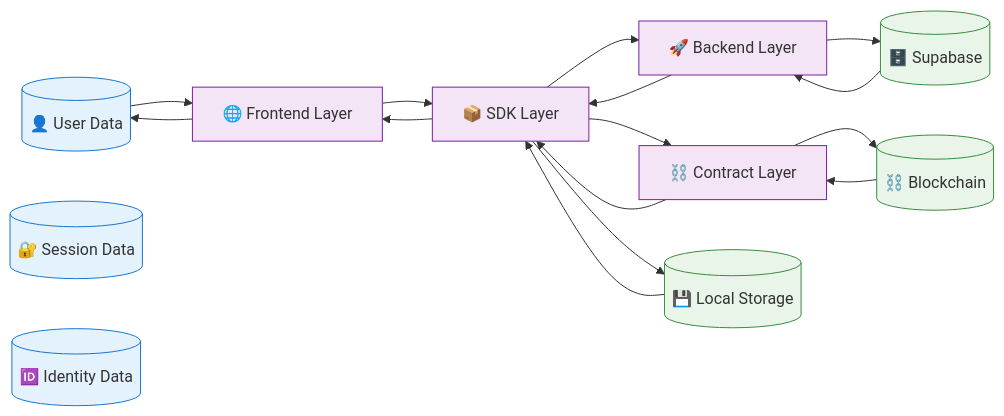
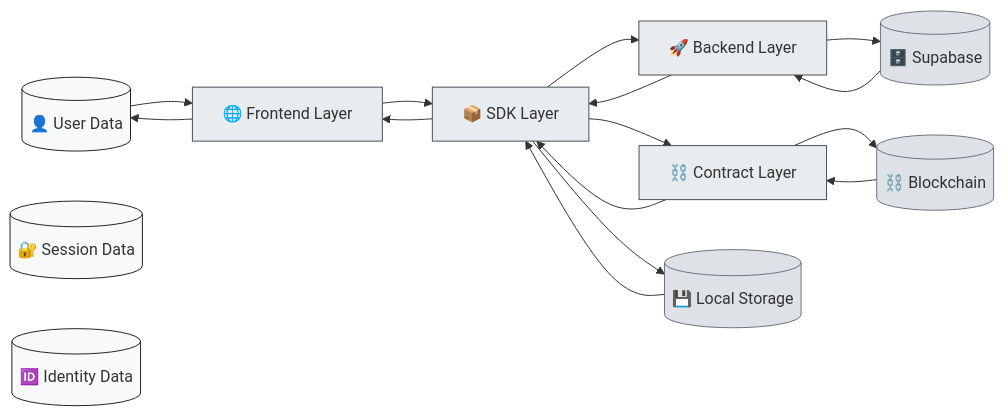
Before and after one commit to MohamedAshiq09/authentify: the third of 4 diagrams in ARCHITECTURE.md, drawn with Mermaid. The commit also changed other lines of this file and 1 other file, not shown here.

````diff
--- a/ARCHITECTURE.md
+++ b/ARCHITECTURE.md
@@ -170,45 +168,45 @@
 ```mermaid
 graph LR
     %% Data Sources
     USER[(👤 User Data)]
     SESSION[(🔐 Session Data)]
     IDENTITY[(🆔 Identity Data)]
-
+    
     %% Processing Layers
     FRONTEND[🌐 Frontend Layer]
     SDK[📦 SDK Layer]
     BACKEND[🚀 Backend Layer]
     CONTRACT[⛓️ Contract Layer]
-
+    
     %% Data Stores
     SUPABASE[(🗄️ Supabase)]
     BLOCKCHAIN[(⛓️ Blockchain)]
     LOCALSTORAGE[(💾 Local Storage)]
-
+    
     %% Data Flow
     USER --> FRONTEND
     FRONTEND --> SDK
     SDK --> BACKEND
     BACKEND --> SUPABASE
     SDK --> CONTRACT
     CONTRACT --> BLOCKCHAIN
     SDK --> LOCALSTORAGE
-
+    
     %% Return Flow
     SUPABASE --> BACKEND
     BLOCKCHAIN --> CONTRACT
     LOCALSTORAGE --> SDK
     BACKEND --> SDK
     CONTRACT --> SDK
     SDK --> FRONTEND
     FRONTEND --> USER
-
-    %% Styling
-    classDef dataSource fill:#e3f2fd,stroke:#1976d2
-    classDef processor fill:#f3e5f5,stroke:#7b1fa2
-    classDef storage fill:#e8f5e8,stroke:#388e3c
-
+    
+    %% Black and White Styling
+    classDef dataSource fill:#f8f9fa,stroke:#212529
+    classDef processor fill:#e9ecef,stroke:#495057
+    classDef storage fill:#dee2e6,stroke:#6c757d
+    
     class USER,SESSION,IDENTITY dataSource
     class FRONTEND,SDK,BACKEND,CONTRACT processor
     class SUPABASE,BLOCKCHAIN,LOCALSTORAGE storage
 ```
````
